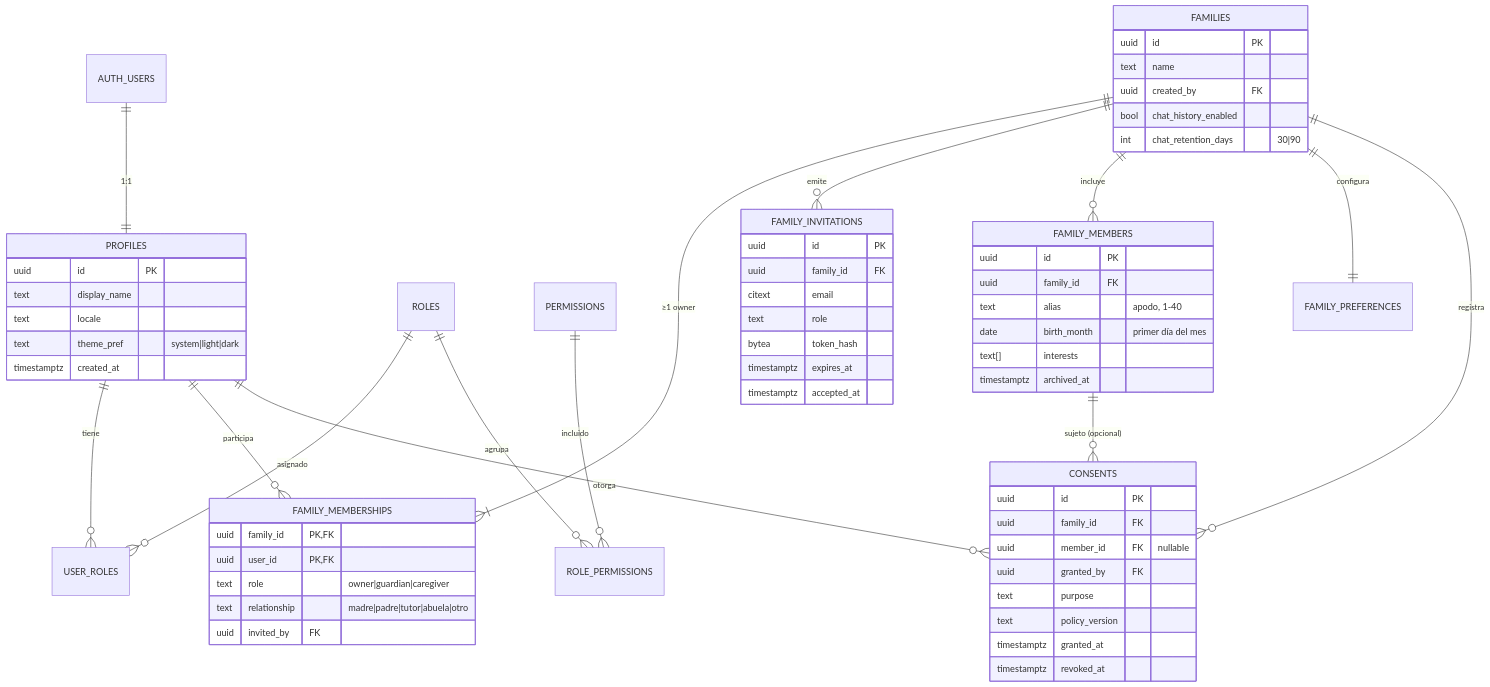
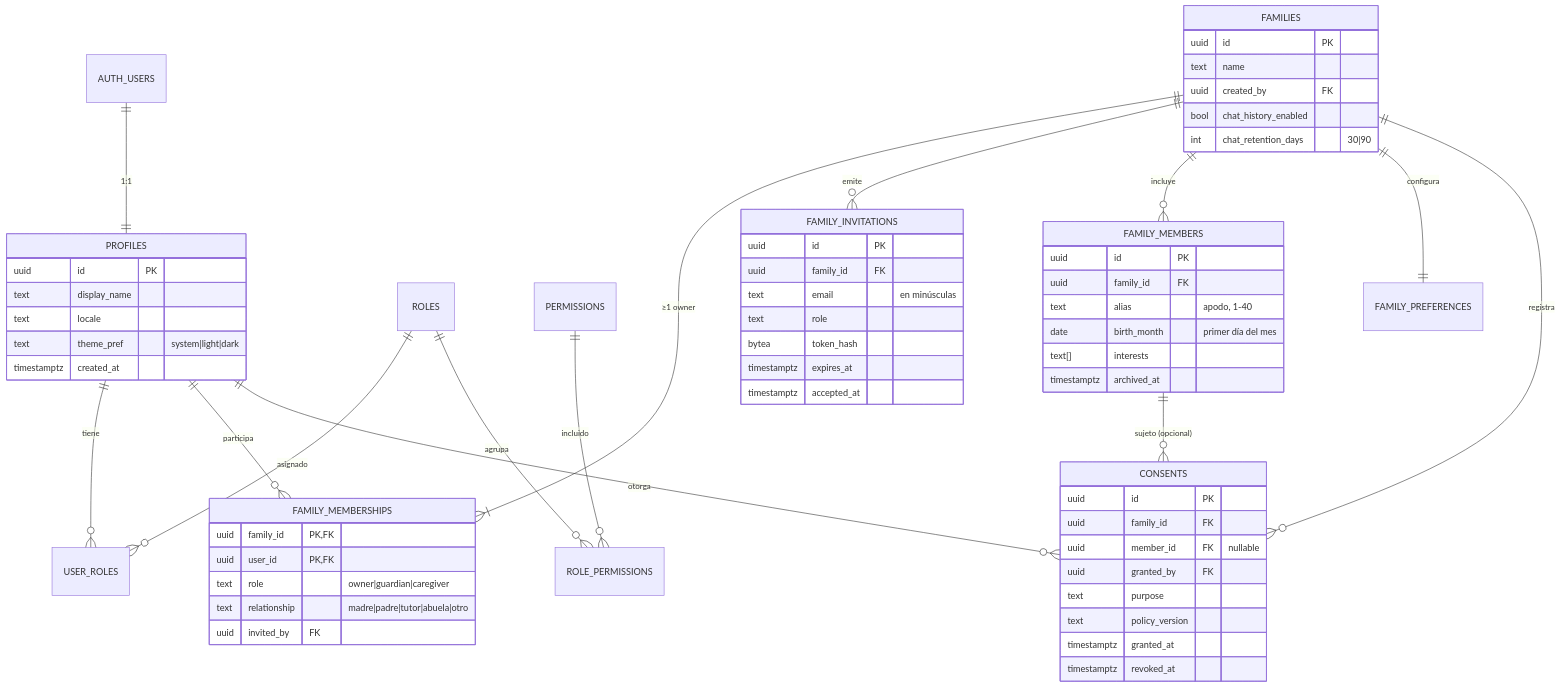
The first of 4 diagrams in docs/planning/DATABASE.md (TrofaErqueagaJoaquin/Proyecto-Final), drawn with Mermaid before and after one commit. The commit also changed other lines of this file and 39 other files, not shown here.

````diff
--- a/docs/planning/DATABASE.md
+++ b/docs/planning/DATABASE.md
@@ -129,66 +129,66 @@
 ```mermaid
 erDiagram
   AUTH_USERS ||--|| PROFILES : "1:1"
   PROFILES ||--o{ USER_ROLES : tiene
   ROLES ||--o{ USER_ROLES : asignado
   ROLES ||--o{ ROLE_PERMISSIONS : agrupa
   PERMISSIONS ||--o{ ROLE_PERMISSIONS : incluido
 
   PROFILES ||--o{ FAMILY_MEMBERSHIPS : participa
   FAMILIES ||--|{ FAMILY_MEMBERSHIPS : "≥1 owner"
   FAMILIES ||--o{ FAMILY_INVITATIONS : emite
   FAMILIES ||--o{ FAMILY_MEMBERS : incluye
   FAMILIES ||--|| FAMILY_PREFERENCES : configura
   FAMILIES ||--o{ CONSENTS : registra
   FAMILY_MEMBERS ||--o{ CONSENTS : "sujeto (opcional)"
   PROFILES ||--o{ CONSENTS : otorga
 
   PROFILES {
     uuid id PK
     text display_name
     text locale
     text theme_pref "system|light|dark"
     timestamptz created_at
   }
   FAMILIES {
     uuid id PK
     text name
     uuid created_by FK
     bool chat_history_enabled
     int chat_retention_days "30|90"
   }
   FAMILY_MEMBERSHIPS {
     uuid family_id PK,FK
     uuid user_id PK,FK
     text role "owner|guardian|caregiver"
     text relationship "madre|padre|tutor|abuela|otro"
     uuid invited_by FK
   }
   FAMILY_MEMBERS {
     uuid id PK
     uuid family_id FK
     text alias "apodo, 1-40"
     date birth_month "primer día del mes"
     text[] interests
     timestamptz archived_at
   }
   FAMILY_INVITATIONS {
     uuid id PK
     uuid family_id FK
-    citext email
+    text email "en minúsculas"
     text role
     bytea token_hash
     timestamptz expires_at
     timestamptz accepted_at
   }
   CONSENTS {
     uuid id PK
     uuid family_id FK
     uuid member_id FK "nullable"
     uuid granted_by FK
     text purpose
     text policy_version
     timestamptz granted_at
     timestamptz revoked_at
   }
 ```
````
